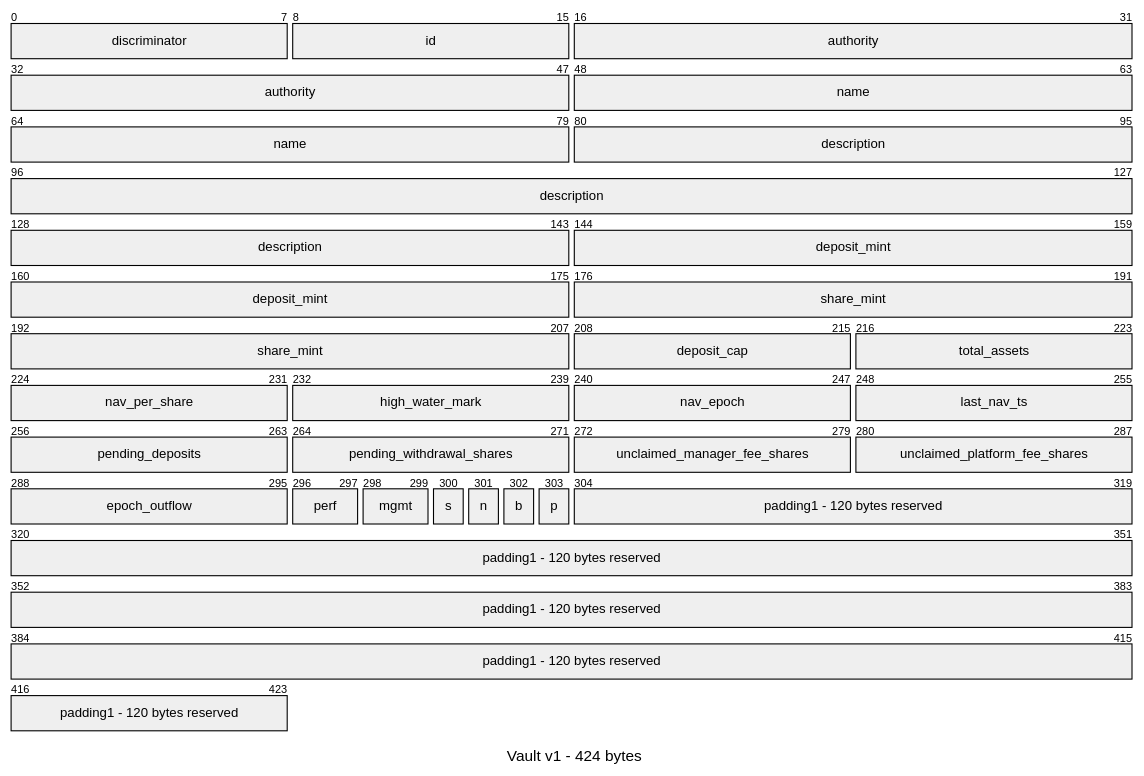
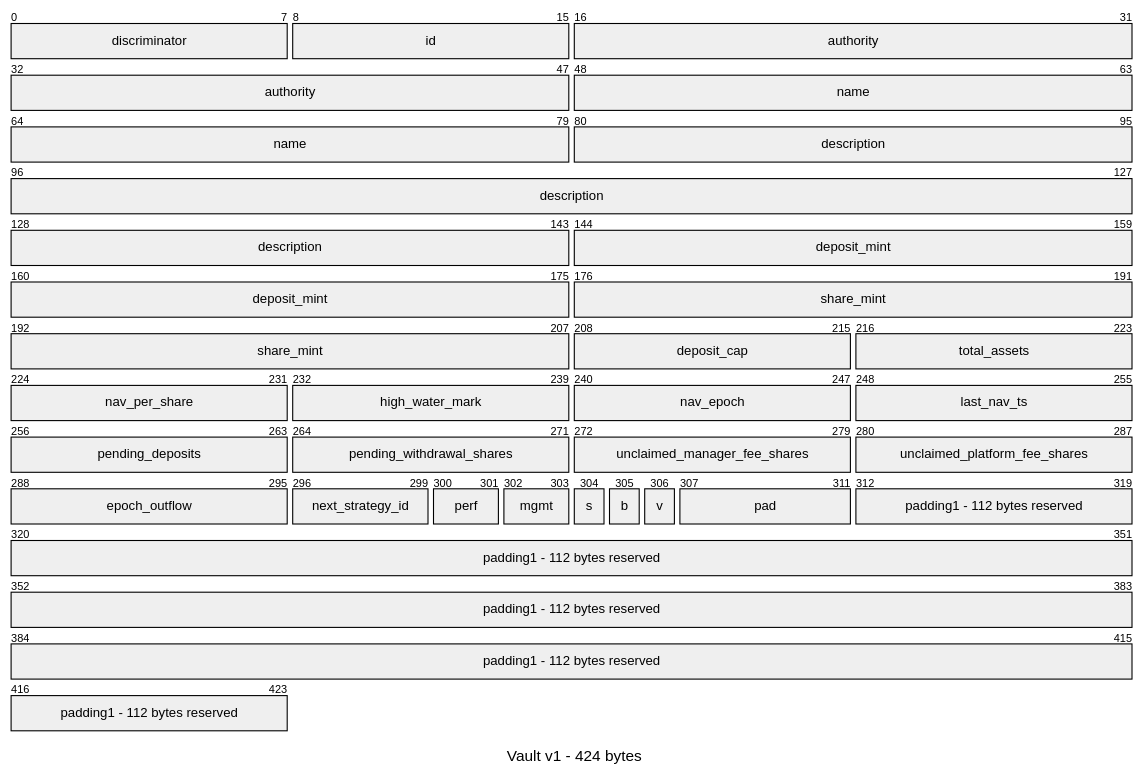
The sixth of 21 diagrams in docs/architecture-evolution.md (HedginVault/programs), drawn with Mermaid before and after one commit. The commit also changed other lines of this file and 31 other files, not shown here.

````diff
--- a/docs/architecture-evolution.md
+++ b/docs/architecture-evolution.md
@@ -180,29 +180,30 @@
 ```mermaid
 packet-beta
 title Vault v1 - 424 bytes
 0-7: "discriminator"
 8-15: "id"
 16-47: "authority"
 48-79: "name"
 80-143: "description"
 144-175: "deposit_mint"
 176-207: "share_mint"
 208-215: "deposit_cap"
 216-223: "total_assets"
 224-231: "nav_per_share"
 232-239: "high_water_mark"
 240-247: "nav_epoch"
 248-255: "last_nav_ts"
 256-263: "pending_deposits"
 264-271: "pending_withdrawal_shares"
 272-279: "unclaimed_manager_fee_shares"
 280-287: "unclaimed_platform_fee_shares"
 288-295: "epoch_outflow"
-296-297: "perf"
-298-299: "mgmt"
-300: "s"
-301: "n"
-302: "b"
-303: "p"
-304-423: "padding1 - 120 bytes reserved"
+296-299: "next_strategy_id"
+300-301: "perf"
+302-303: "mgmt"
+304: "s"
+305: "b"
+306: "v"
+307-311: "pad"
+312-423: "padding1 - 112 bytes reserved"
 ```
````
